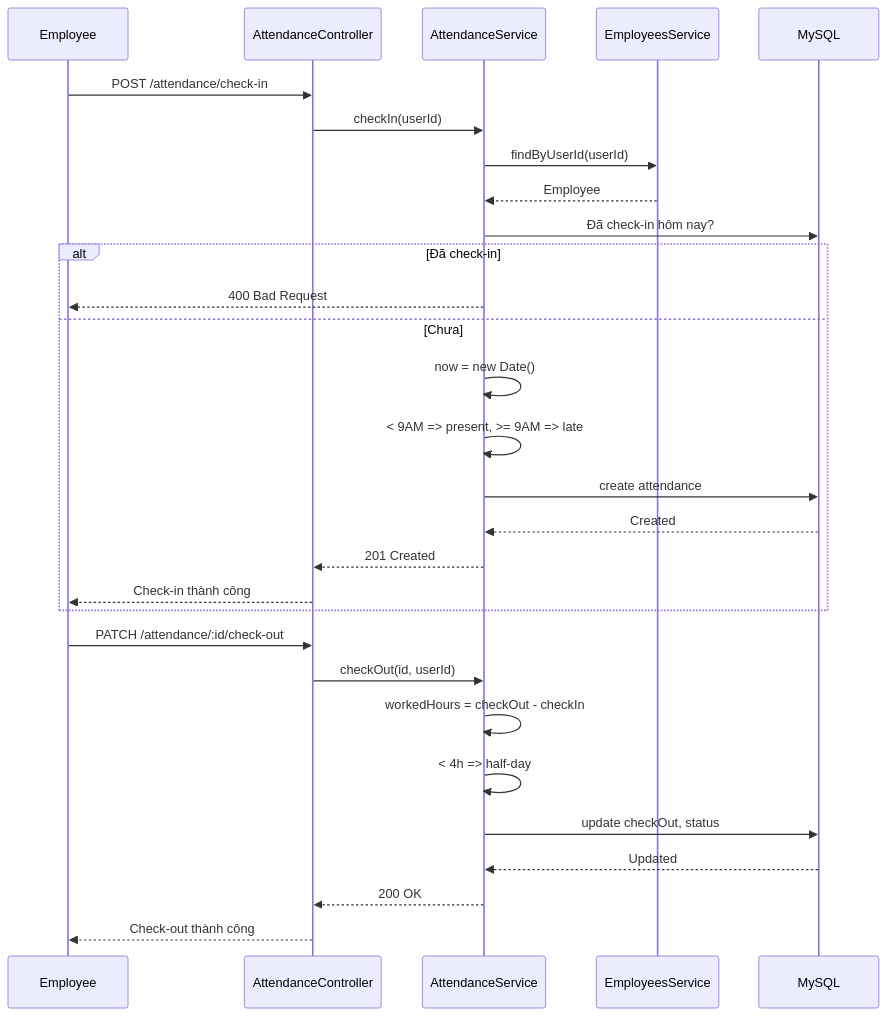
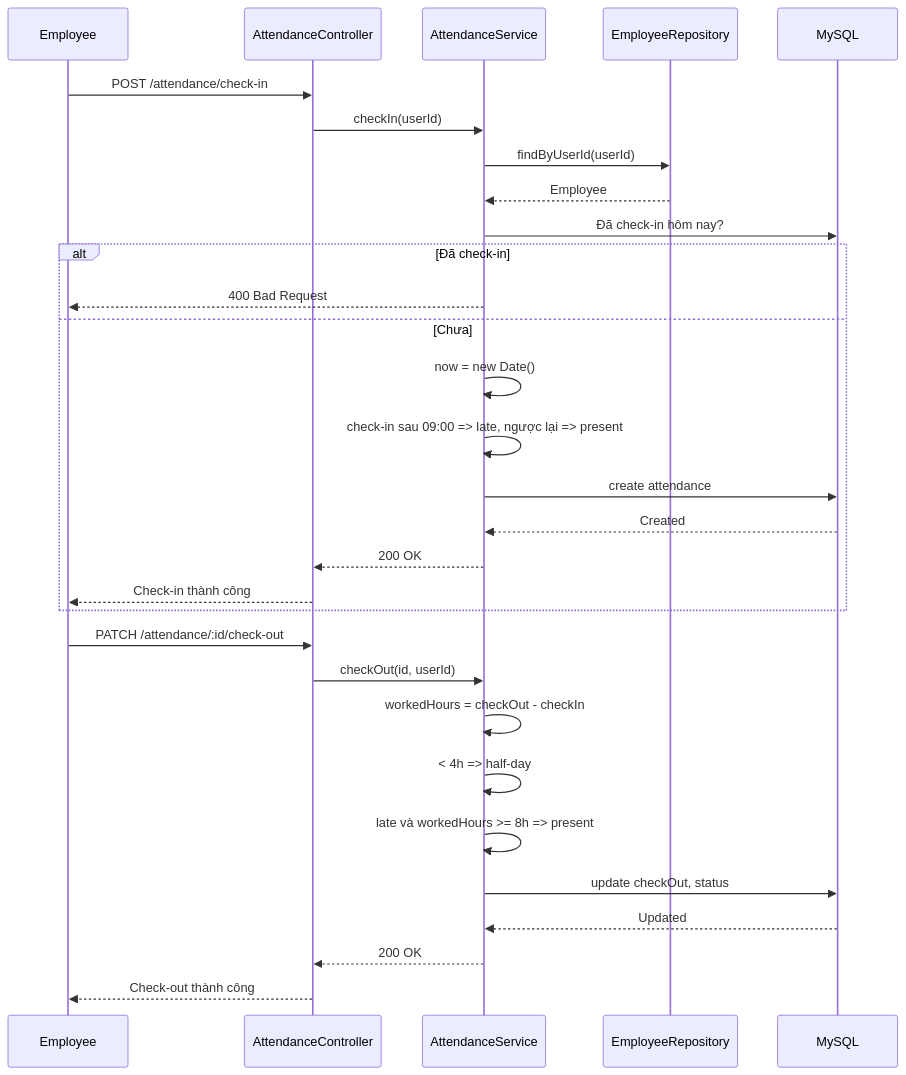
One commit to nghiaxh/hr-management changed diagram 18 of 24 in docs/SDD.md. Above: the diagram before and after it, drawn with Mermaid. The commit also changed other lines of this file and 8 other files, not shown here.

````diff
--- a/docs/SDD.md
+++ b/docs/SDD.md
@@ -1014,33 +981,34 @@
 ```mermaid
 sequenceDiagram
     participant E as Employee
     participant C as AttendanceController
     participant S as AttendanceService
-    participant ES as EmployeesService
+    participant ES as EmployeeRepository
     participant DB as MySQL
 
     E->>C: POST /attendance/check-in
     C->>S: checkIn(userId)
     S->>ES: findByUserId(userId)
     ES-->>S: Employee
     S->>DB: Đã check-in hôm nay?
     alt Đã check-in
         S-->>E: 400 Bad Request
     else Chưa
         S->>S: now = new Date()
-        S->>S: < 9AM => present, >= 9AM => late
+        S->>S: check-in sau 09:00 => late, ngược lại => present
         S->>DB: create attendance
         DB-->>S: Created
-        S-->>C: 201 Created
+        S-->>C: 200 OK
         C-->>E: Check-in thành công
     end
 
     E->>C: PATCH /attendance/:id/check-out
     C->>S: checkOut(id, userId)
     S->>S: workedHours = checkOut - checkIn
     S->>S: < 4h => half-day
+    S->>S: late và workedHours >= 8h => present
     S->>DB: update checkOut, status
     DB-->>S: Updated
     S-->>C: 200 OK
     C-->>E: Check-out thành công
 ```
````
